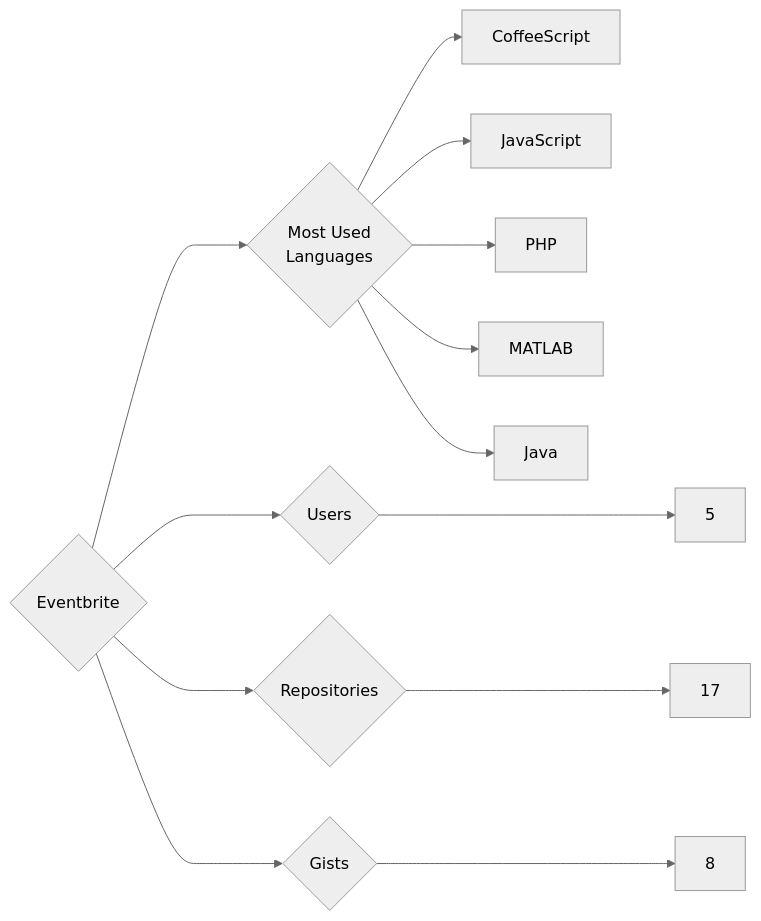
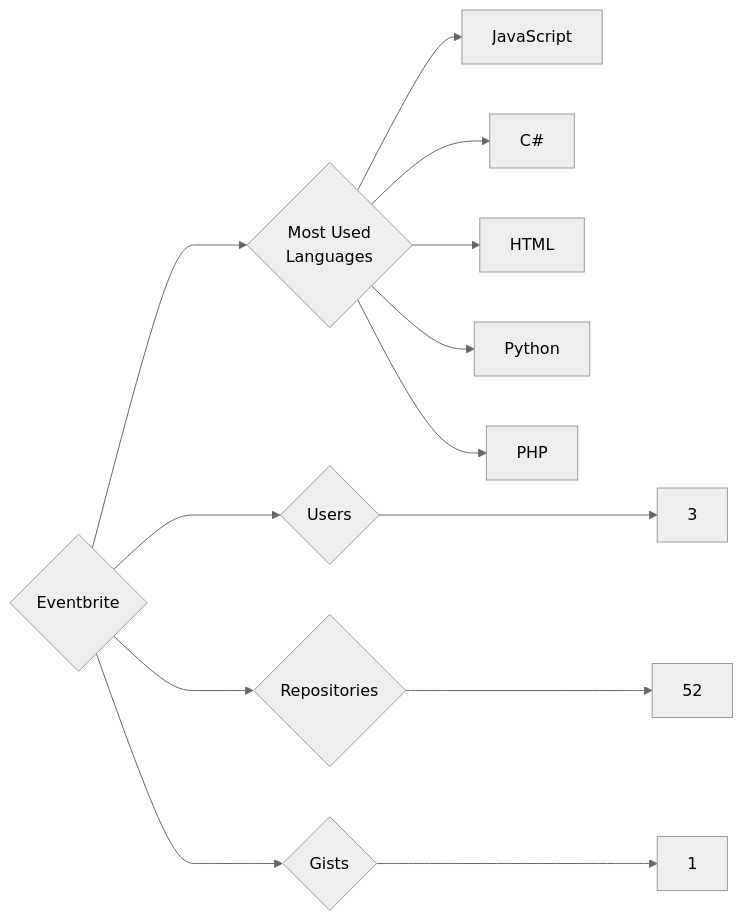
One commit to trickest/insiders changed the diagram in targets/Eventbrite/README.md. Above: the diagram before and after it, drawn with Mermaid (neutral theme). The commit also changed 1007 other files, not shown here.

````diff
--- a/targets/Eventbrite/README.md
+++ b/targets/Eventbrite/README.md
@@ -3,13 +3,13 @@
 ```mermaid
 graph LR
 COMPANY_NAME{Eventbrite}
-COMPANY_NAME ---> U{Users} ---> UN[5]
-COMPANY_NAME ---> R{Repositories} ---> RN[17]
-COMPANY_NAME ---> G{Gists} ---> GN[8]
+COMPANY_NAME ---> U{Users} ---> UN[3]
+COMPANY_NAME ---> R{Repositories} ---> RN[52]
+COMPANY_NAME ---> G{Gists} ---> GN[1]
 COMPANY_NAME ---> ML{Most Used<br>Languages}
-ML --> CoffeeScript[CoffeeScript]
 ML --> JavaScript[JavaScript]
+ML --> C#[C#]
+ML --> HTML[HTML]
+ML --> Python[Python]
 ML --> PHP[PHP]
-ML --> MATLAB[MATLAB]
-ML --> Java[Java]
 ```
````
